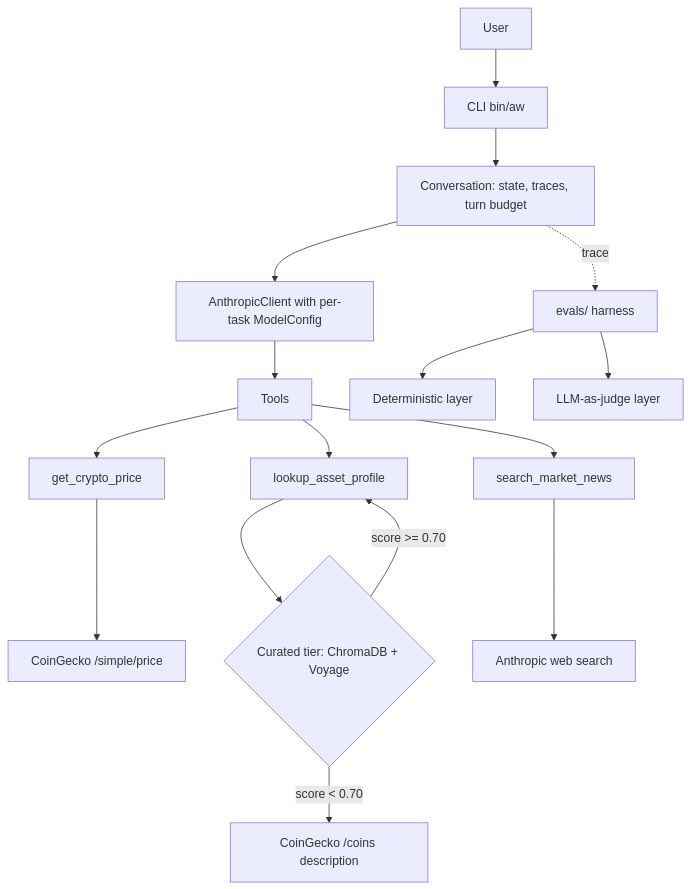
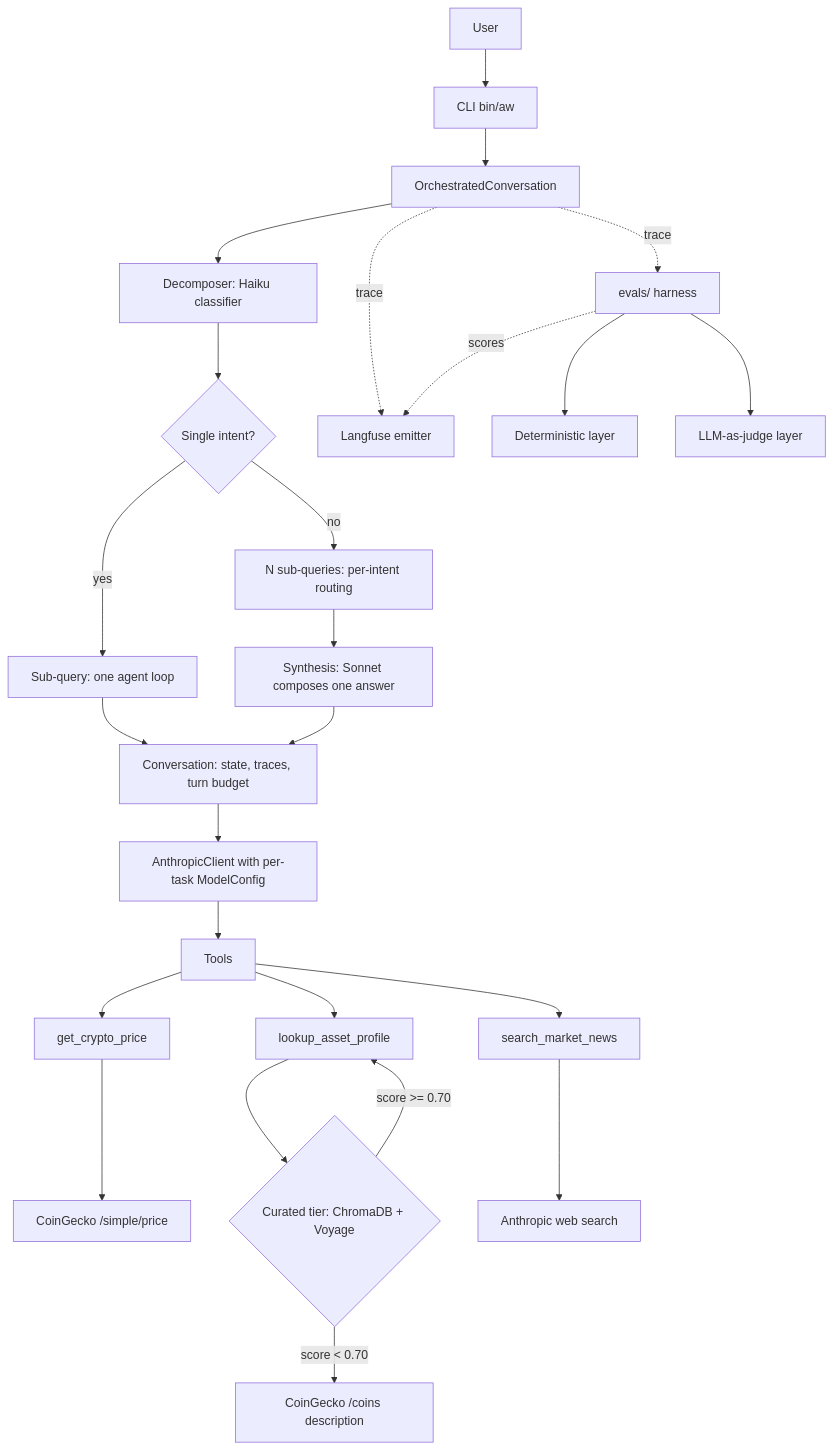
The diagram in README.md (axwxtson/AWAnalysis), drawn with Mermaid before and after one commit. The commit also changed other lines of this file, not shown here.

````diff
--- a/README.md
+++ b/README.md
@@ -80,18 +126,27 @@
 ```mermaid
 flowchart TD
     User --> CLI[CLI bin/aw]
-    CLI --> Conv[Conversation: state, traces, turn budget]
+    CLI --> Orch[OrchestratedConversation]
+    Orch --> Dec[Decomposer: Haiku classifier]
+    Dec --> Plan{Single intent?}
+    Plan -->|yes| SubQ[Sub-query: one agent loop]
+    Plan -->|no| MultiQ[N sub-queries: per-intent routing]
+    MultiQ --> Synth[Synthesis: Sonnet composes one answer]
+    SubQ --> Conv[Conversation: state, traces, turn budget]
+    Synth --> Conv
     Conv --> Client[AnthropicClient with per-task ModelConfig]
     Client --> Tools[Tools]
     Tools --> Price[get_crypto_price]
     Tools --> Profile[lookup_asset_profile]
     Tools --> News[search_market_news]
     Price --> CG1[CoinGecko /simple/price]
     Profile --> Curated{Curated tier: ChromaDB + Voyage}
     Curated -->|score >= 0.70| Profile
     Curated -->|score < 0.70| CG2[CoinGecko /coins description]
     News --> WS[Anthropic web search]
-    Conv -.trace.-> Evals[evals/ harness]
+    Orch -.trace.-> Obs[Langfuse emitter]
+    Orch -.trace.-> Evals[evals/ harness]
     Evals --> Det[Deterministic layer]
     Evals --> Judge[LLM-as-judge layer]
+    Evals -.scores.-> Obs
 ```
````
